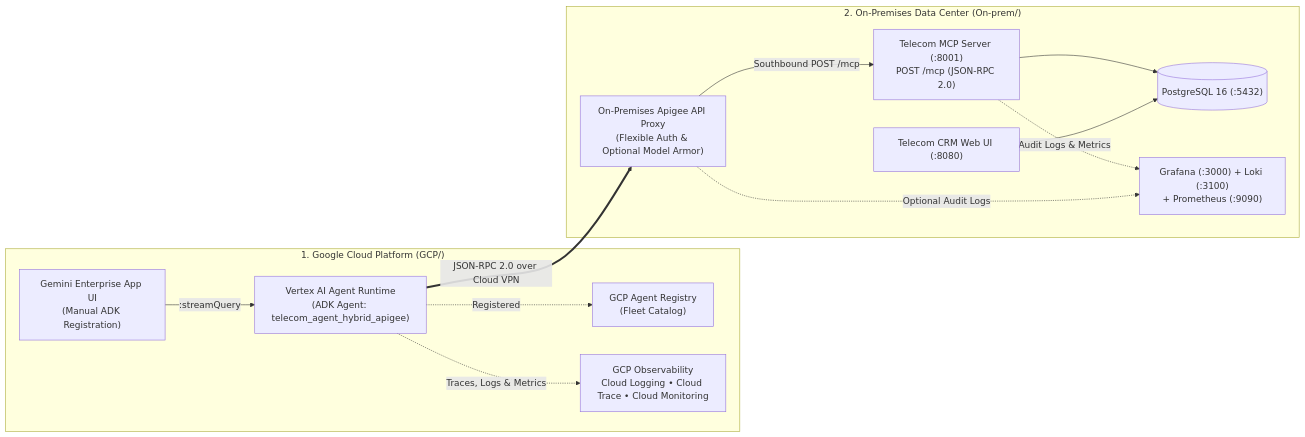
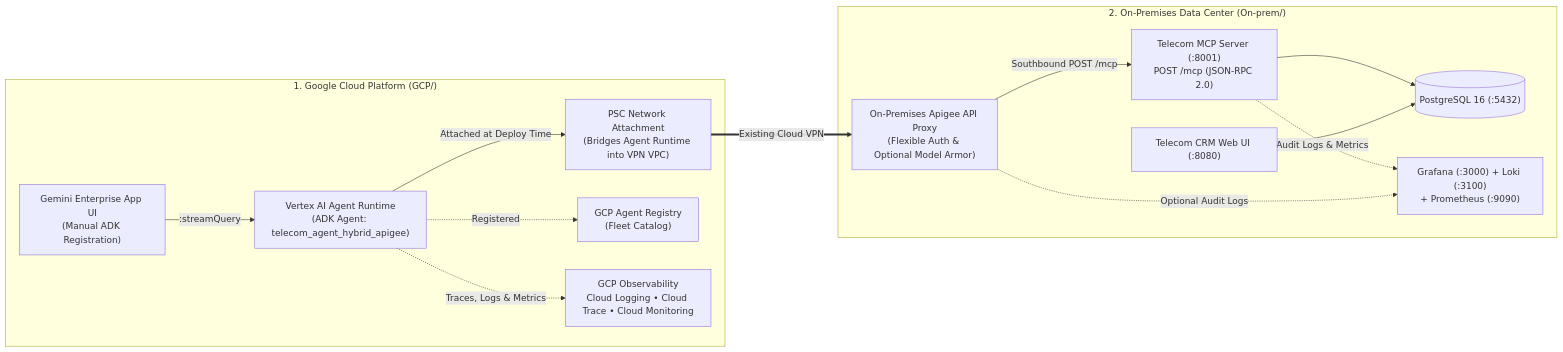
The diagram in README.md (pradeesi/TE), drawn with Mermaid before and after one commit. The commit also changed other lines of this file and 3 other files, not shown here.

Commit message:
docs(gcp): add dedicated Pre-Deployment PSC Network Attachment section before Cloud Shell agent installation

````diff
--- a/README.md
+++ b/README.md
@@ -29,27 +29,29 @@
 ```mermaid
 flowchart LR
     subgraph GCP["1. Google Cloud Platform (GCP/)"]
         GE["Gemini Enterprise App UI<br/>(Manual ADK Registration)"]
         AR["Vertex AI Agent Runtime<br/>(ADK Agent: telecom_agent_hybrid_apigee)"]
+        PSC["PSC Network Attachment<br/>(Bridges Agent Runtime into VPN VPC)"]
         REG["GCP Agent Registry<br/>(Fleet Catalog)"]
         OBS["GCP Observability<br/>Cloud Logging • Cloud Trace • Cloud Monitoring"]
     end
 
     subgraph ONPREM["2. On-Premises Data Center (On-prem/)"]
         APIGEE["On-Premises Apigee API Proxy<br/>(Flexible Auth & Optional Model Armor)"]
         MCP["Telecom MCP Server (:8001)<br/>POST /mcp (JSON-RPC 2.0)"]
         CRM["Telecom CRM Web UI (:8080)"]
         PG[("PostgreSQL 16 (:5432)")]
         GRAFANA["Grafana (:3000) + Loki (:3100)<br/>+ Prometheus (:9090)"]
     end
 
     GE -->|":streamQuery"| AR
     AR -.->|"Registered"| REG
     AR -.->|"Traces, Logs & Metrics"| OBS
-    AR ==>|"JSON-RPC 2.0 over Cloud VPN"| APIGEE
+    AR -->|"Attached at Deploy Time"| PSC
+    PSC ==>|"Existing Cloud VPN"| APIGEE
     APIGEE -->|"Southbound POST /mcp"| MCP
     MCP --> PG
     CRM --> PG
     MCP -.->|"Audit Logs & Metrics"| GRAFANA
     APIGEE -.->|"Optional Audit Logs"| GRAFANA
 ```
````
